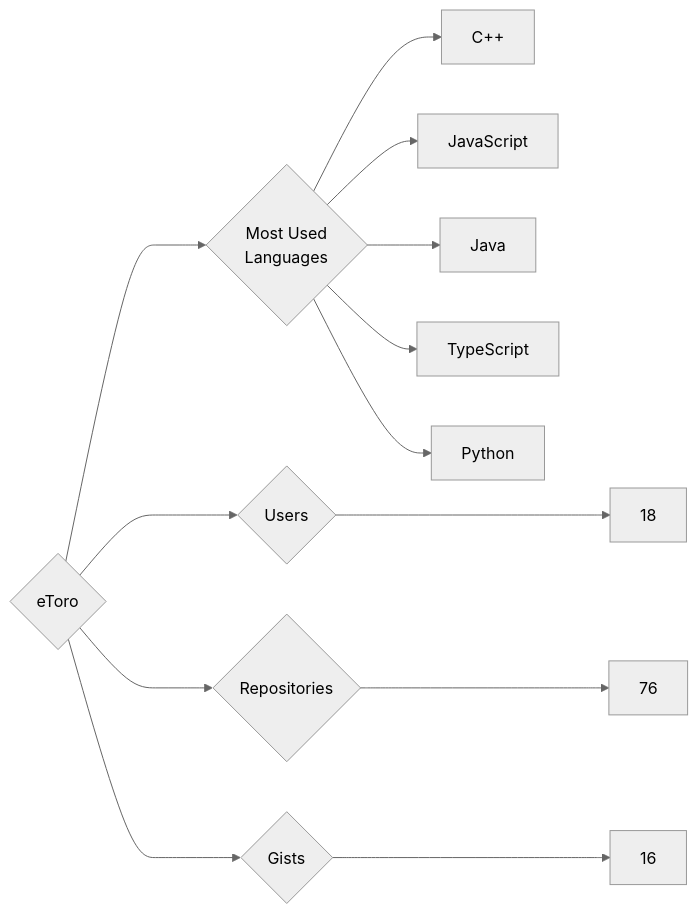
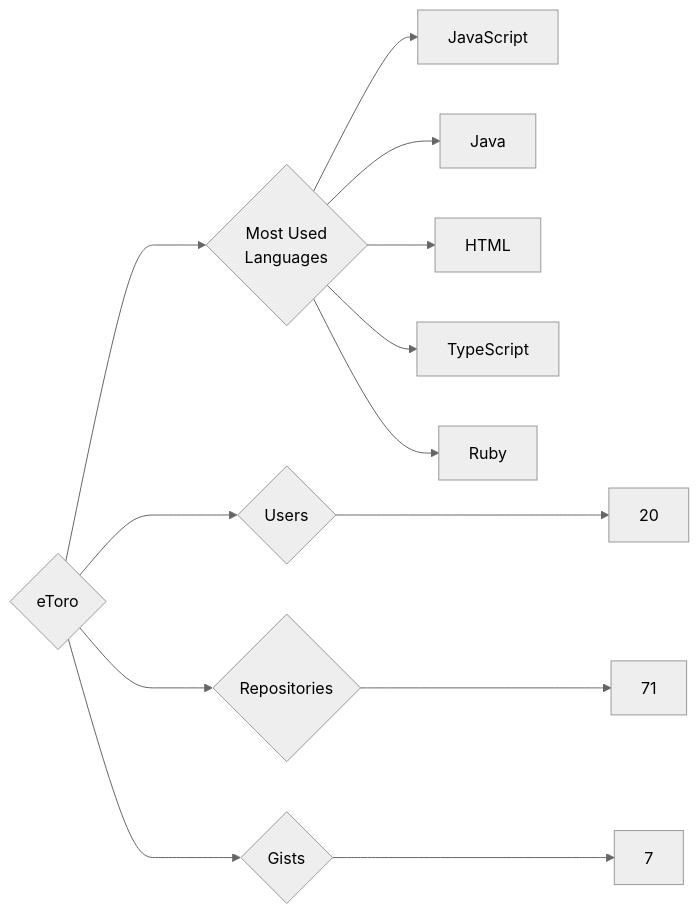
The diagram in targets/eToro/README.md (trickest/insiders), drawn with Mermaid (neutral theme) before and after one commit. The commit also changed 794 other files, not shown here.

````diff
--- a/targets/eToro/README.md
+++ b/targets/eToro/README.md
@@ -3,13 +3,13 @@
 ```mermaid
 graph LR
 COMPANY_NAME{eToro}
-COMPANY_NAME ---> U{Users} ---> UN[18]
-COMPANY_NAME ---> R{Repositories} ---> RN[76]
-COMPANY_NAME ---> G{Gists} ---> GN[16]
+COMPANY_NAME ---> U{Users} ---> UN[20]
+COMPANY_NAME ---> R{Repositories} ---> RN[71]
+COMPANY_NAME ---> G{Gists} ---> GN[7]
 COMPANY_NAME ---> ML{Most Used<br>Languages}
-ML --> C++[C++]
 ML --> JavaScript[JavaScript]
 ML --> Java[Java]
+ML --> HTML[HTML]
 ML --> TypeScript[TypeScript]
-ML --> Python[Python]
+ML --> Ruby[Ruby]
 ```
````
